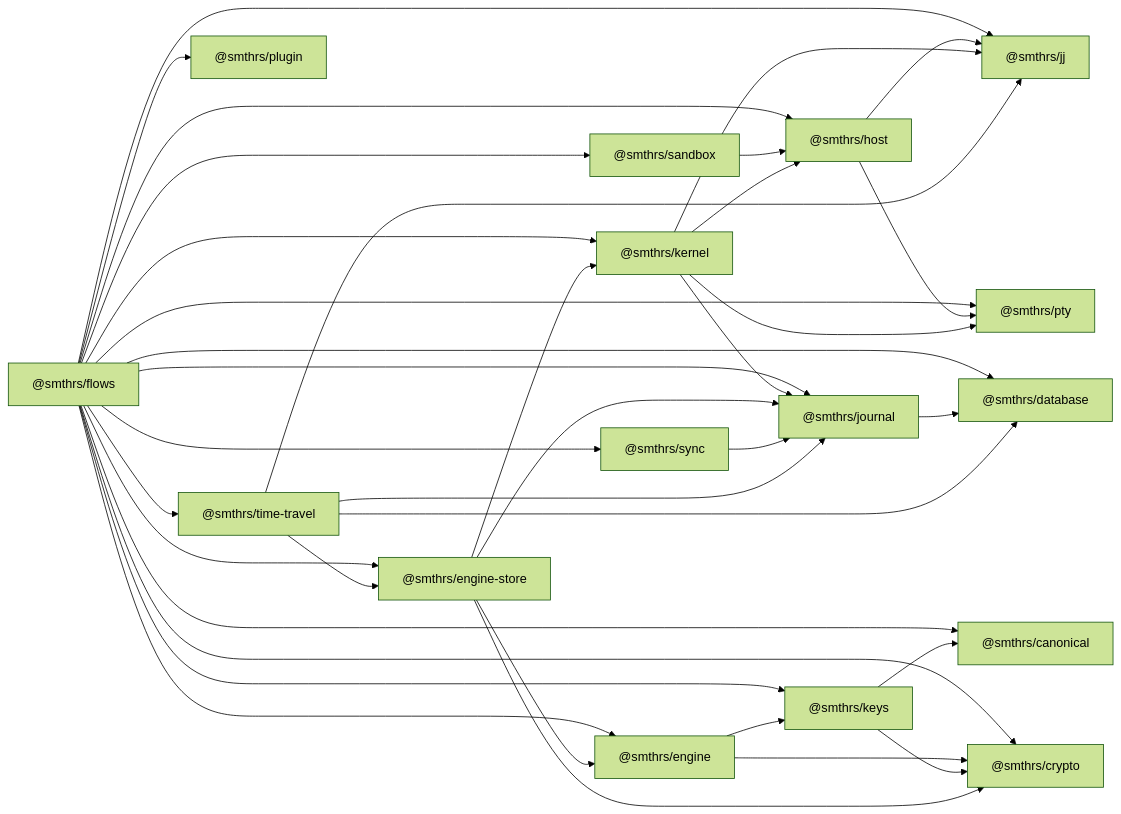
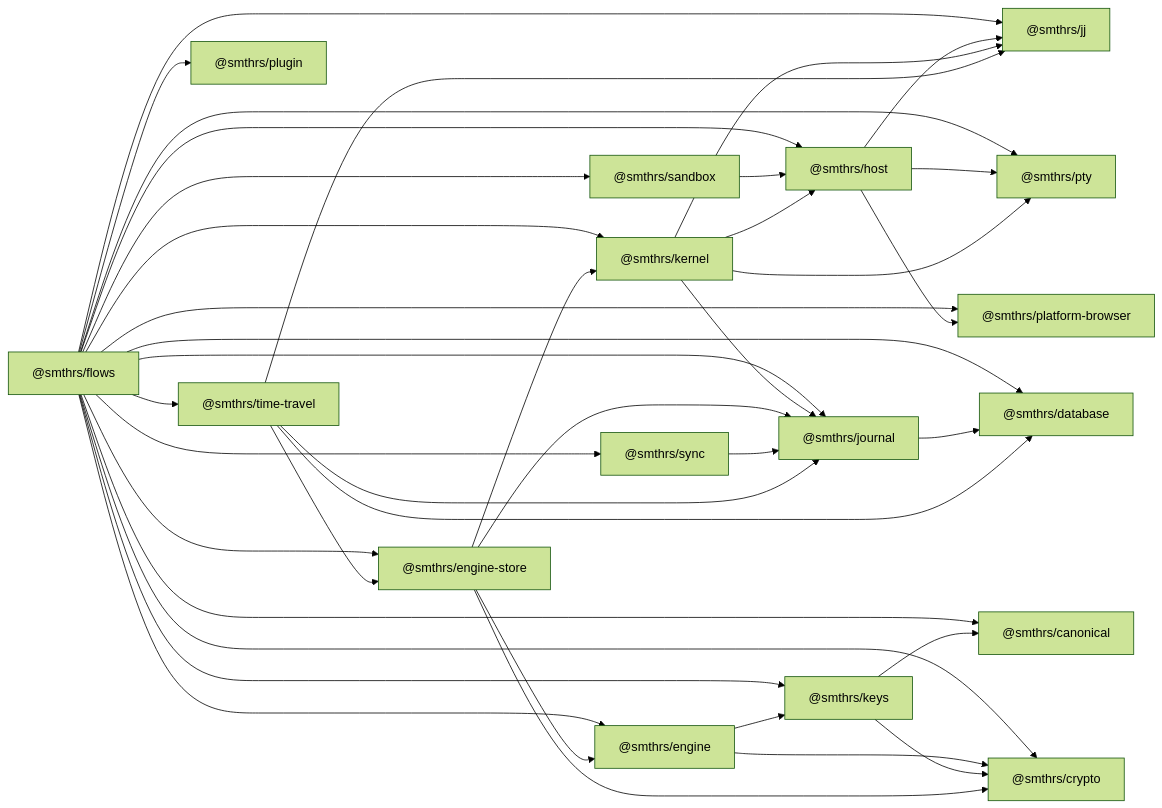
Before and after one commit to smithersai/flows: the diagram in docs/pages/package-structure.md, drawn with Mermaid (forest theme). The commit also changed other lines of this file and 14 other files, not shown here.

Commit message:
📝 docs: add platform-browser to the package pages

````diff
--- a/docs/pages/package-structure.md
+++ b/docs/pages/package-structure.md
@@ -45,56 +46,59 @@
 ```mermaid
 flowchart LR
   FLOWS["@smthrs/flows"]
   TT["@smthrs/time-travel"]
   ES["@smthrs/engine-store"]
   SYNC["@smthrs/sync"]
   KERNEL["@smthrs/kernel"]
   ENGINE["@smthrs/engine"]
   JOURNAL["@smthrs/journal"]
   DB["@smthrs/database"]
   HOST["@smthrs/host"]
   JJ["@smthrs/jj"]
   PTY["@smthrs/pty"]
   SANDBOX["@smthrs/sandbox"]
+  PB["@smthrs/platform-browser"]
   KEYS["@smthrs/keys"]
   CRYPTO["@smthrs/crypto"]
   CANONICAL["@smthrs/canonical"]
   PLUGIN["@smthrs/plugin"]
 
   FLOWS --> HOST
   FLOWS --> JJ
   FLOWS --> PTY
   FLOWS --> SANDBOX
+  FLOWS --> PB
   FLOWS --> DB
   FLOWS --> JOURNAL
   FLOWS --> KERNEL
   FLOWS --> KEYS
   FLOWS --> CRYPTO
   FLOWS --> CANONICAL
   FLOWS --> ENGINE
   FLOWS --> ES
   FLOWS --> PLUGIN
   FLOWS --> SYNC
   FLOWS --> TT
   JOURNAL --> DB
   HOST --> JJ
   HOST --> PTY
+  HOST --> PB
   SANDBOX --> HOST
   KERNEL --> HOST
   KERNEL --> JJ
   KERNEL --> PTY
   KERNEL --> JOURNAL
   ENGINE --> KEYS
   ENGINE --> CRYPTO
   KEYS --> CANONICAL
   KEYS --> CRYPTO
   ES --> ENGINE
   ES --> CRYPTO
   ES --> JOURNAL
   ES --> KERNEL
   SYNC --> JOURNAL
   TT --> DB
   TT --> ES
   TT --> JJ
   TT --> JOURNAL
 ```
````
